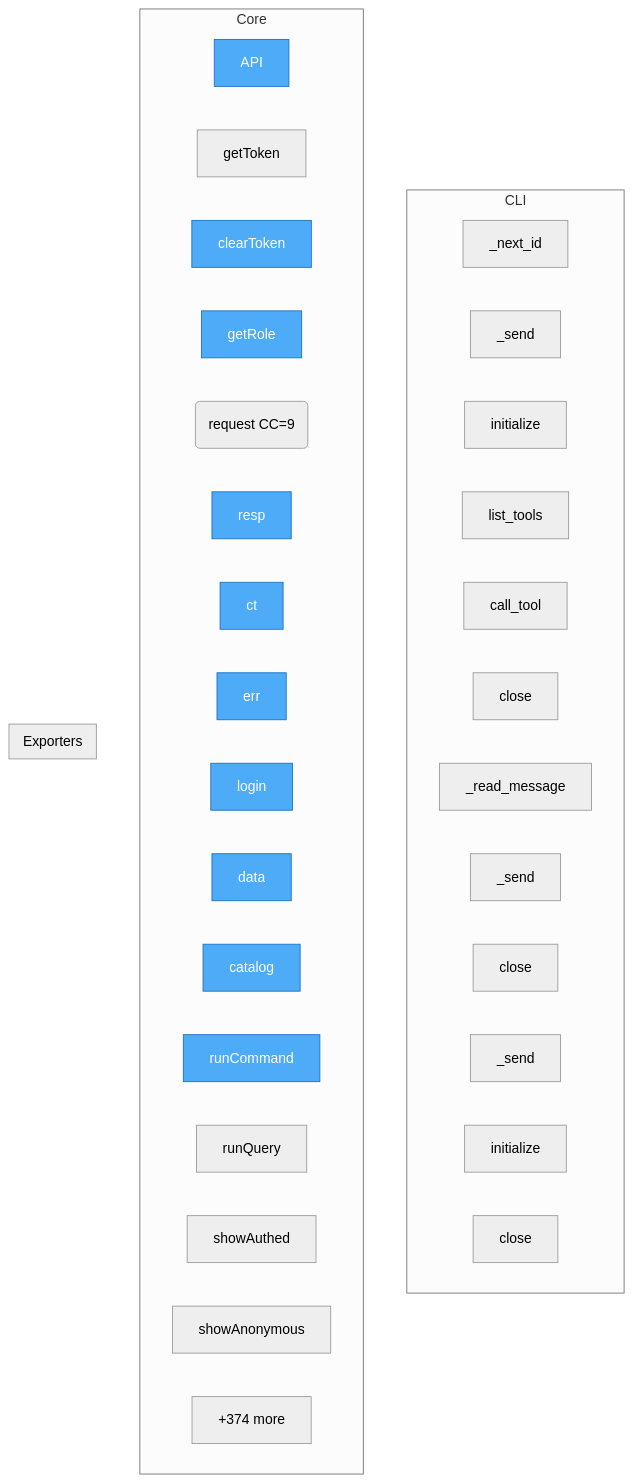
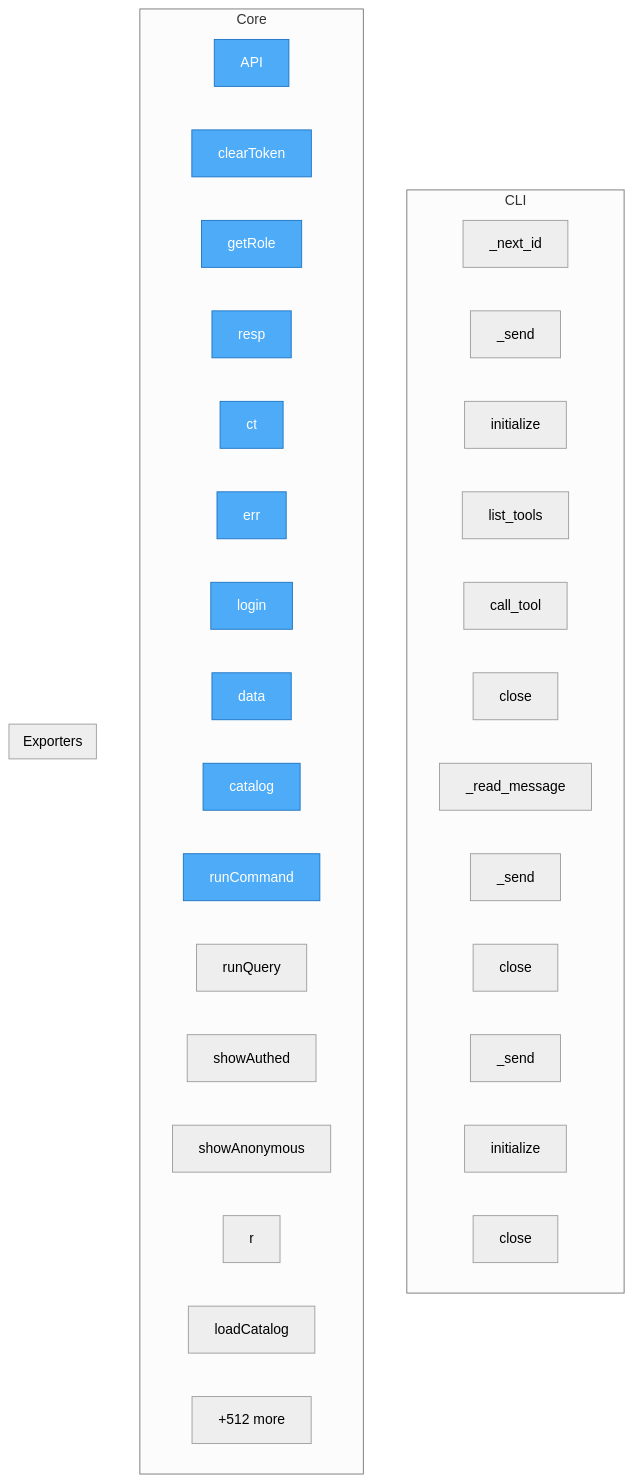
The diagram in project/flow.mmd (semcod/codot), drawn with Mermaid (neutral theme) before and after one commit. The commit also changed 55 other files, not shown here.

```diff
--- a/project/flow.mmd
+++ b/project/flow.mmd
@@ -1,43 +1,43 @@
 flowchart TD
 
     %% Entry points (blue)
     classDef entry fill:#4dabf7,stroke:#1971c2,color:#fff
 
     subgraph CLI
         api__mcp_client__MCPClient___next_id["_next_id"]
         api__mcp_client__MCPClient___send["_send"]
         api__mcp_client__MCPClient__initialize["initialize"]
         api__mcp_client__MCPClient__list_tools["list_tools"]
         api__mcp_client__MCPClient__call_tool["call_tool"]
         api__mcp_client__MCPClient__close["close"]
         api__mcp_client__MCPStdioClient___read_message["_read_message"]
         api__mcp_client__MCPStdioClient___send["_send"]
         api__mcp_client__MCPStdioClient__close["close"]
         api__mcp_client__MCPSseClient___send["_send"]
         api__mcp_client__MCPSseClient__initialize["initialize"]
         api__mcp_client__MCPSseClient__close["close"]
     end
 
     subgraph Core
         frontend__html__js__api__API["API"]
-        frontend__html__js__api__getToken["getToken"]
         frontend__html__js__api__clearToken["clearToken"]
         frontend__html__js__api__getRole["getRole"]
-        frontend__html__js__api__request("request CC=9")
         frontend__html__js__api__resp["resp"]
         frontend__html__js__api__ct["ct"]
         frontend__html__js__api__err["err"]
         frontend__html__js__api__login["login"]
         frontend__html__js__api__data["data"]
         frontend__html__js__api__catalog["catalog"]
         frontend__html__js__api__runCommand["runCommand"]
         frontend__html__js__api__runQuery["runQuery"]
         frontend__html__js__app__showAuthed["showAuthed"]
         frontend__html__js__app__showAnonymous["showAnonymous"]
-        ...["+374 more"]
+        frontend__html__js__app__r["r"]
+        frontend__html__js__app__loadCatalog["loadCatalog"]
+        ...["+512 more"]
     end
 
     subgraph Exporters
     end
 
     class frontend__html__js__api__API,frontend__html__js__api__clearToken,frontend__html__js__api__getRole,frontend__html__js__api__resp,frontend__html__js__api__ct,frontend__html__js__api__err,frontend__html__js__api__login,frontend__html__js__api__data,frontend__html__js__api__catalog,frontend__html__js__api__runCommand entry
```
